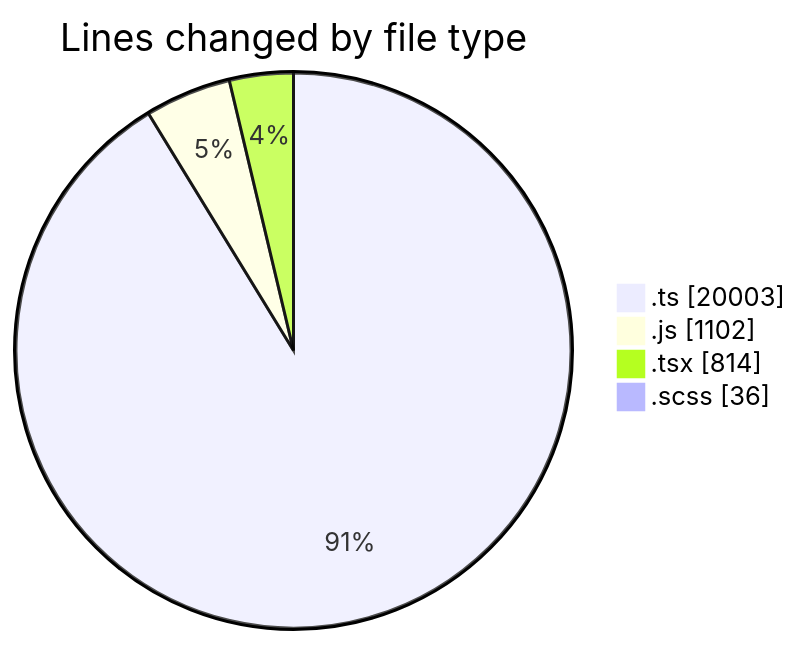
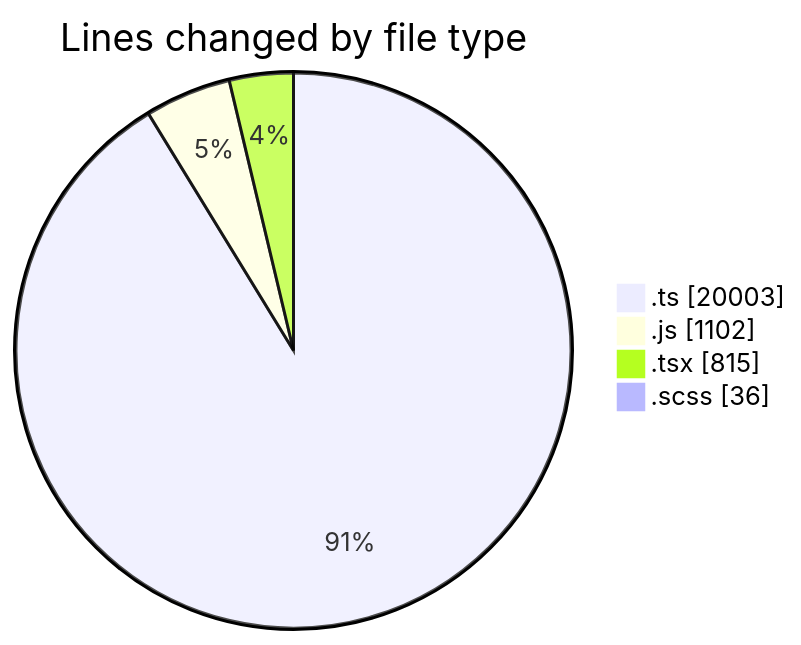
The first of 2 diagrams in 2026-10-16/cda/README.md (momahboobian/code-tracking), drawn with Mermaid before and after one commit. The commit also changed other lines of this file and 1 other file, not shown here.

````diff
--- a/2026-10-16/cda/README.md
+++ b/2026-10-16/cda/README.md
@@ -29,8 +29,8 @@
 ```mermaid
 pie showData
 title Lines changed by file type
 ".ts" : 20003
 ".js" : 1102
-".tsx" : 814
+".tsx" : 815
 ".scss" : 36
 ```
````
